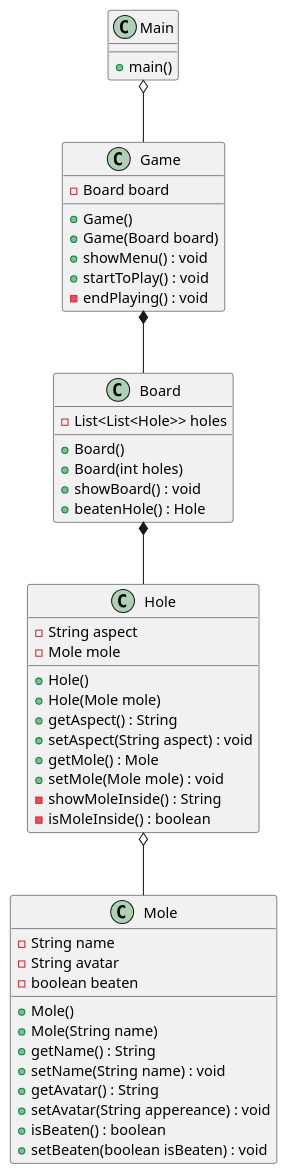
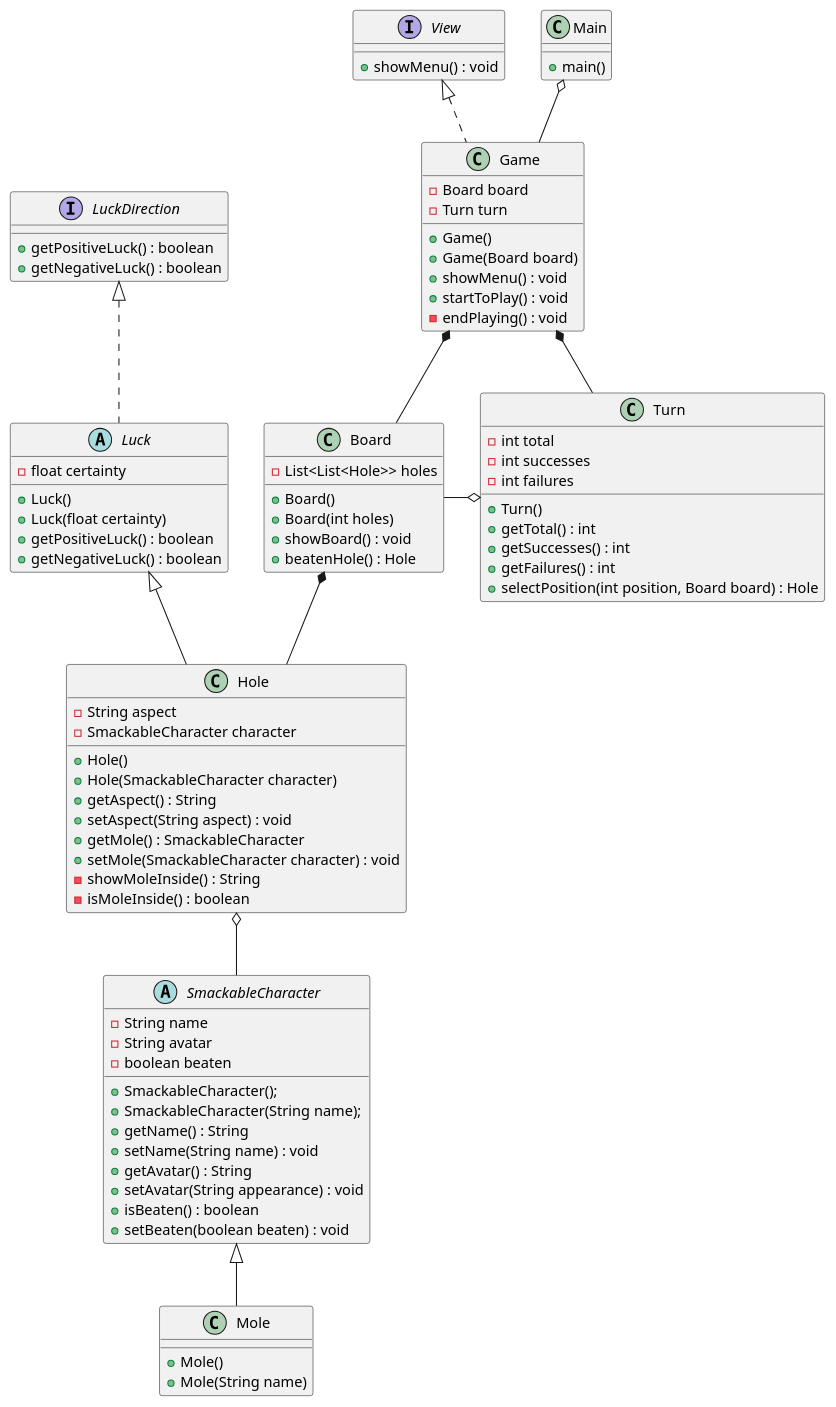
One commit to eabol/awesome-projects-prograii changed the diagram in docs/whackAMole.puml. Above: the diagram before and after it, drawn with PlantUML.

Commit message:
docs: Added abstract classes and interfaces

```diff
--- a/docs/whackAMole.puml
+++ b/docs/whackAMole.puml
@@ -1,52 +1,90 @@
 @startuml
-class Mole {
- - String name
- - String avatar
- - boolean beaten
+
+interface LuckDirection{
+  + getPositiveLuck() : boolean
+  + getNegativeLuck() : boolean
+}
+
+interface View{
+    + showMenu() : void
+}
+
+abstract class Luck implements LuckDirection{
+    - float certainty
+    + Luck()
+    + Luck(float certainty)
+    + getPositiveLuck() : boolean
+    + getNegativeLuck() : boolean
+}
+
+abstract class SmackableCharacter{
+    - String name
+    - String avatar
+    - boolean beaten
+    + SmackableCharacter();
+    + SmackableCharacter(String name);
+    + getName() : String
+    + setName(String name) : void
+    + getAvatar() : String
+    + setAvatar(String appearance) : void
+    + isBeaten() : boolean
+    + setBeaten(boolean beaten) : void
+}
+
+class Mole extends SmackableCharacter{
  + Mole()
  + Mole(String name)
- + getName() : String
- + setName(String name) : void
- + getAvatar() : String
- + setAvatar(String appereance) : void
- + isBeaten() : boolean
- + setBeaten(boolean isBeaten) : void
 }
 
 class Board {
   - List<List<Hole>> holes
   + Board()
   + Board(int holes)
   + showBoard() : void
   + beatenHole() : Hole
 }
-class Hole{
+class Hole extends Luck{
   - String aspect
-  - Mole mole
+  - SmackableCharacter character
   + Hole()
-  + Hole(Mole mole)
+  + Hole(SmackableCharacter character)
   + getAspect() : String
   + setAspect(String aspect) : void
-  + getMole() : Mole
-  + setMole(Mole mole) : void
+  + getMole() : SmackableCharacter
+  + setMole(SmackableCharacter character) : void
   - showMoleInside() : String
   - isMoleInside() : boolean
 }
-class Game{
+class Game implements View {
   - Board board
+  - Turn turn
   + Game()
   + Game(Board board)
   + showMenu() : void
   + startToPlay() : void
   - endPlaying() : void
 }
 
+class Turn {
+    - int total
+    - int successes
+    - int failures
+    + Turn()
+    + getTotal() : int
+    + getSuccesses() : int
+    + getFailures() : int
+    + selectPosition(int position, Board board) : Hole
+
+}
+
 class Main{
   + main()
 }
 
-Hole o-- Mole
+Hole o-- SmackableCharacter
 Board *-- Hole
+Turn o-l- Board
 Game *-- Board
+Game *-- Turn
 Main o-- Game
 @enduml
```
